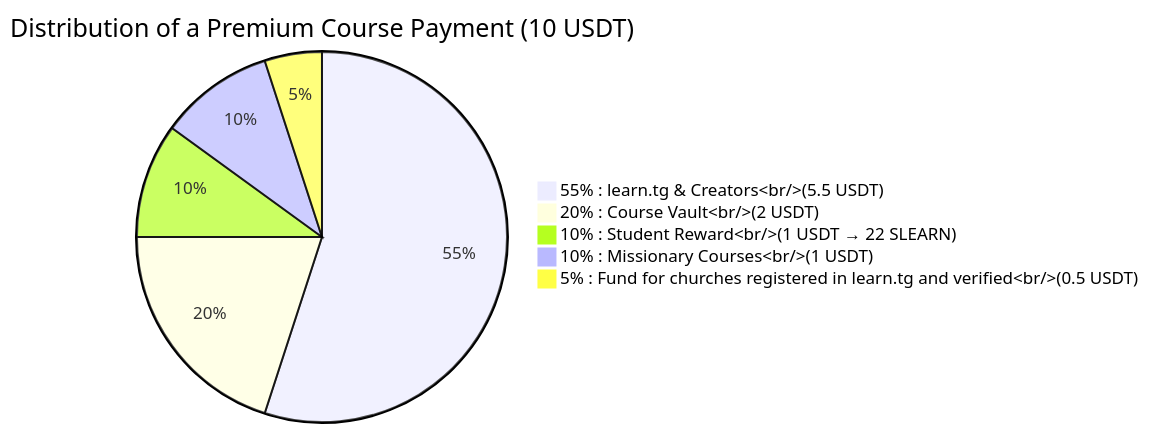
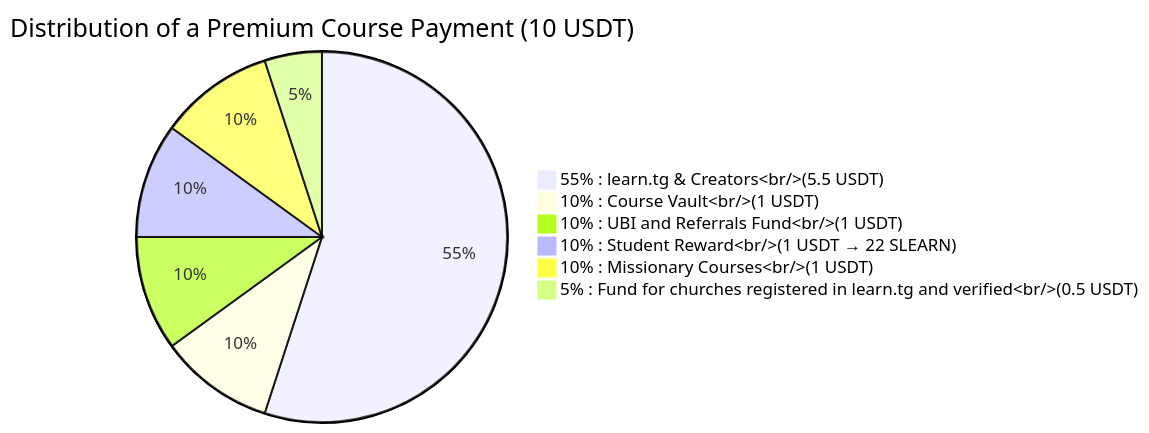
Before and after one commit to pasosdeJesus/learn.tg: the second of 3 diagrams in SLEARN-WHITEPAPER.md, drawn with Mermaid. The commit also changed other lines of this file, not shown here.

````diff
--- a/SLEARN-WHITEPAPER.md
+++ b/SLEARN-WHITEPAPER.md
@@ -119,9 +125,10 @@
 ```mermaid
 pie
     title Distribution of a Premium Course Payment (10 USDT)
     "55% : learn.tg & Creators<br/>(5.5 USDT)" : 55
-    "20% : Course Vault<br/>(2 USDT)" : 20
+    "10% : Course Vault<br/>(1 USDT)" : 10
+    "10% : UBI and Referrals Fund<br/>(1 USDT)" : 10
     "10% : Student Reward<br/>(1 USDT → 22 SLEARN)" : 10
     "10% : Missionary Courses<br/>(1 USDT)" : 10
     "5% : Fund for churches registered in learn.tg and verified<br/>(0.5 USDT)" : 5
 ```
````
